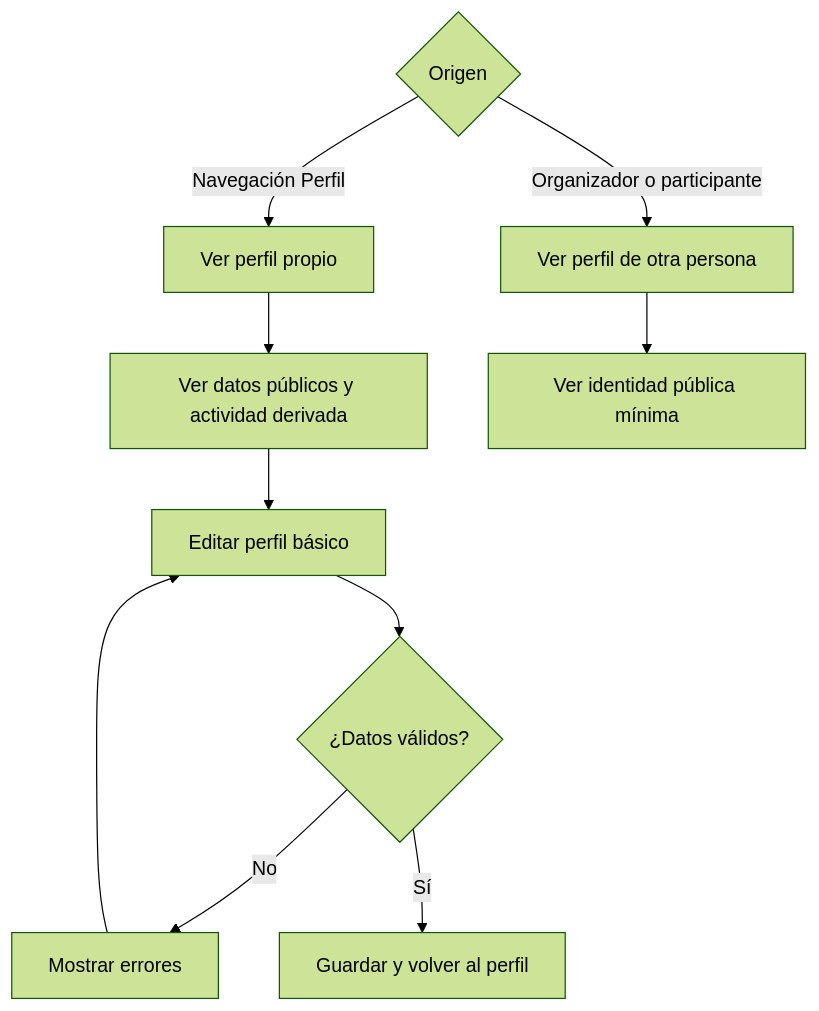
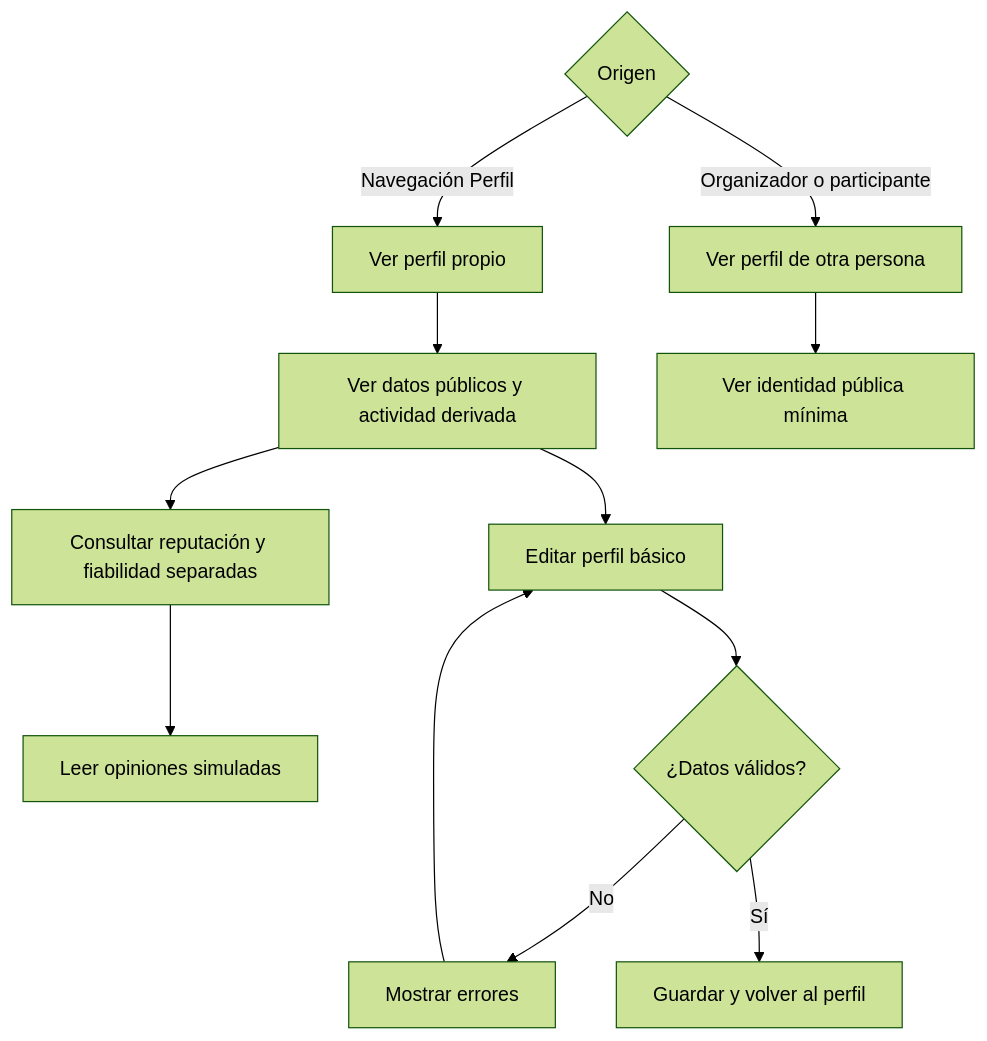
The seventh of 7 diagrams in docs/USER_FLOWS.md (ChristianSalto/app-boardgames), drawn with Mermaid (forest theme) before and after one commit. The commit also changed other lines of this file and 38 other files, not shown here.

Commit message:
docs: complete phase 4 architecture baseline

````diff
--- a/docs/USER_FLOWS.md
+++ b/docs/USER_FLOWS.md
@@ -186,12 +189,14 @@
 ```mermaid
 flowchart TD
     A{Origen} -->|Navegación Perfil| B[Ver perfil propio]
     A -->|Organizador o participante| C[Ver perfil de otra persona]
     B --> D[Ver datos públicos y actividad derivada]
+    D --> J[Consultar reputación y fiabilidad separadas]
+    J --> K[Leer opiniones simuladas]
     D --> E[Editar perfil básico]
     E --> F{¿Datos válidos?}
     F -- No --> G[Mostrar errores]
     G --> E
     F -- Sí --> H[Guardar y volver al perfil]
     C --> I[Ver identidad pública mínima]
 ```
````
